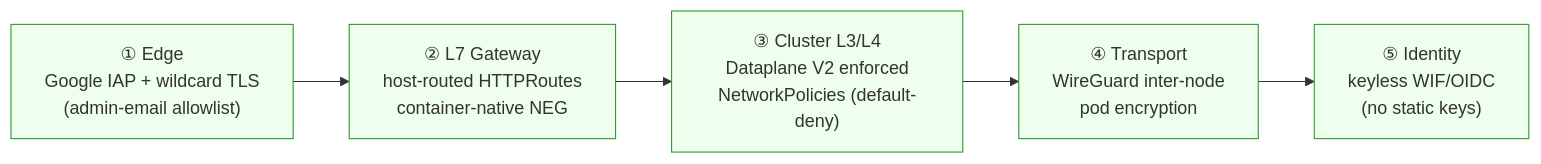
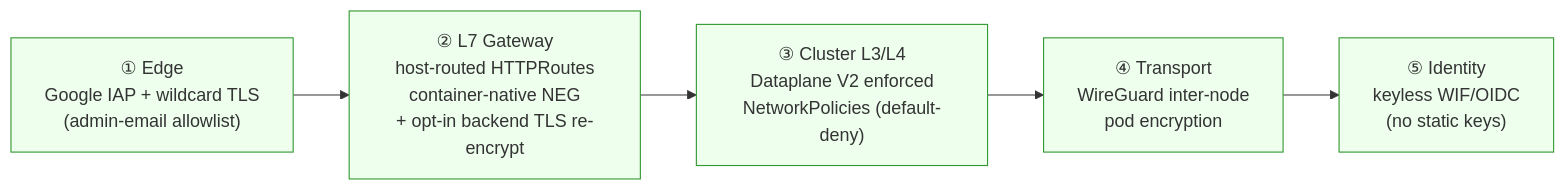
One commit to nubenetes/jenkins-2026 changed the eighth of 8 diagrams in docs/503-NETWORKING.md. Above: the diagram before and after it, drawn with Mermaid. The commit also changed other lines of this file and 21 other files, not shown here.

First line of the commit message:
feat(gateway): opt-in backend TLS — LB→pod re-encryption via cert-manager + BackendTLSPolicy (stage 1: Headlamp) (#554)

````diff
--- a/docs/503-NETWORKING.md
+++ b/docs/503-NETWORKING.md
@@ -335,10 +336,10 @@
 ```mermaid
 flowchart LR
   a["① Edge<br/>Google IAP + wildcard TLS<br/>(admin-email allowlist)"] -->
-  b["② L7 Gateway<br/>host-routed HTTPRoutes<br/>container-native NEG"] -->
+  b["② L7 Gateway<br/>host-routed HTTPRoutes<br/>container-native NEG<br/>+ opt-in backend TLS re-encrypt"] -->
   c["③ Cluster L3/L4<br/>Dataplane V2 enforced<br/>NetworkPolicies (default-deny)"] -->
   d["④ Transport<br/>WireGuard inter-node<br/>pod encryption"] -->
   e["⑤ Identity<br/>keyless WIF/OIDC<br/>(no static keys)"]
   classDef s fill:#efe,stroke:#393;
   class a,b,c,d,e s;
 ```
````
